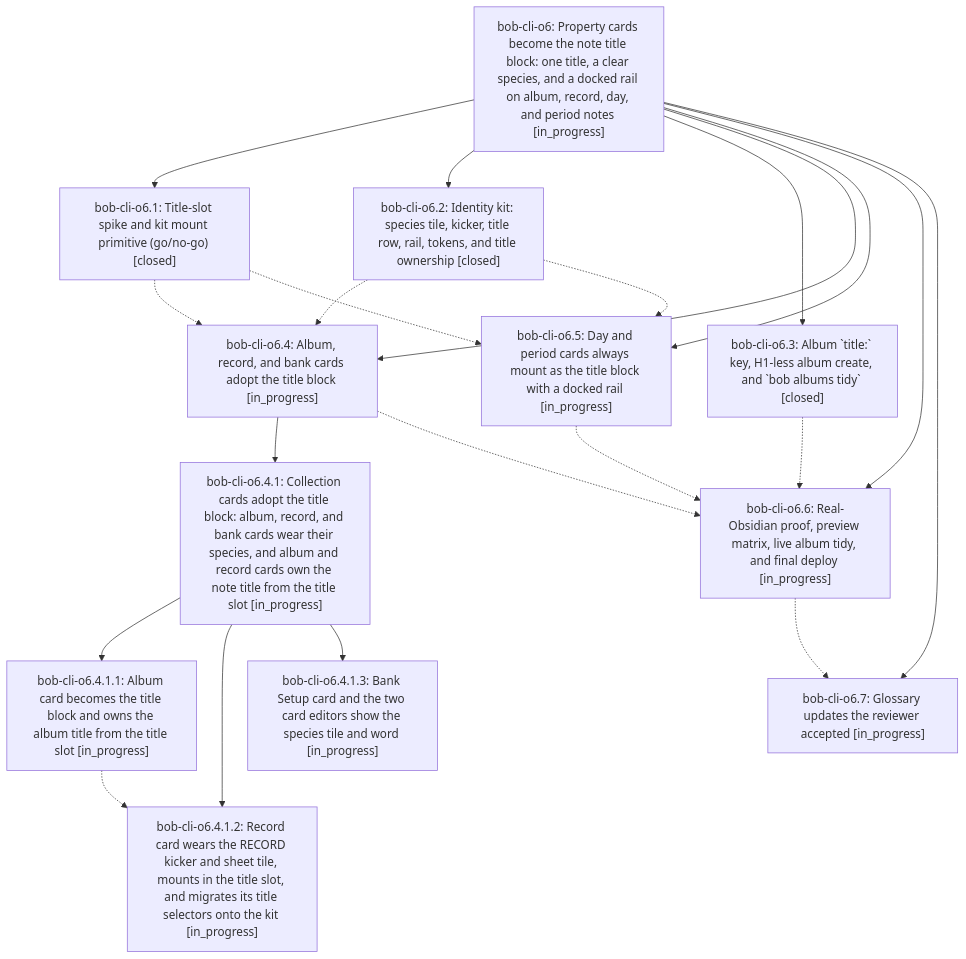
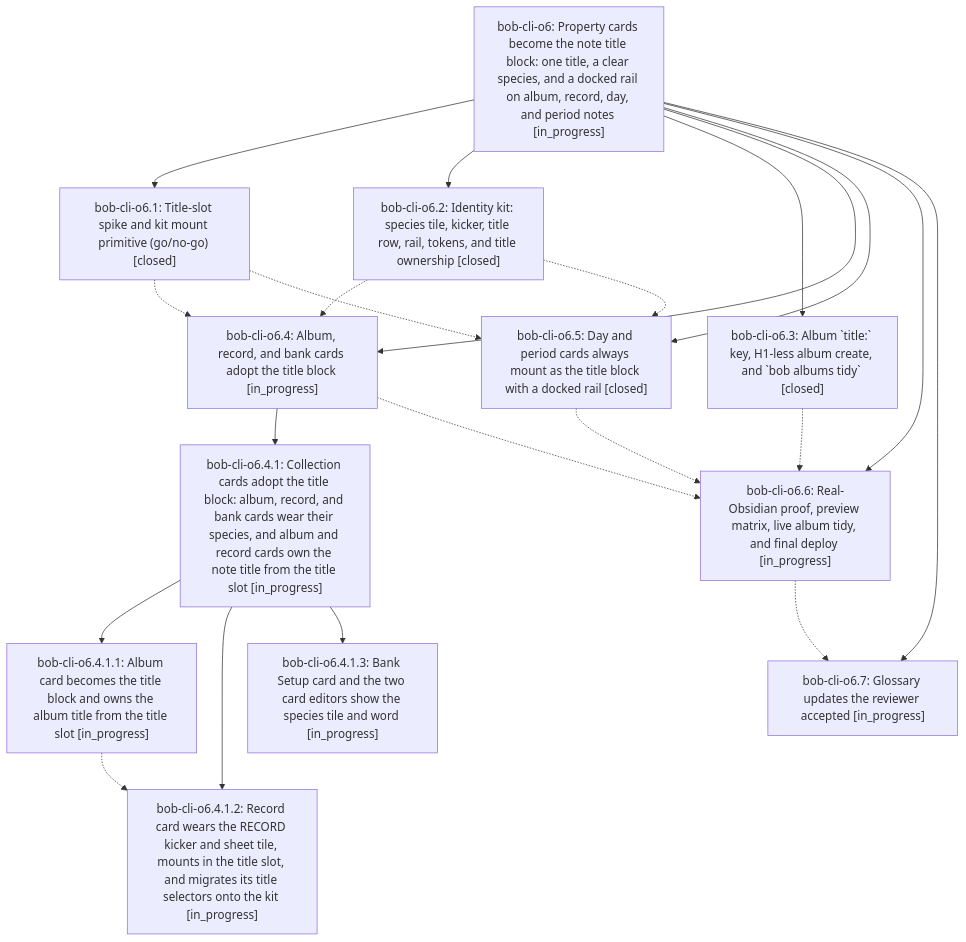
The diagram in pages/bob-cli-o6/README.md (bobs-org/bob-cli--beads), drawn with Mermaid before and after one commit. The commit also changed other lines of this file and 4 other files, not shown here.

First line of the commit message:
chore(beads): sync bead state and pages for bob-cli-o6

````diff
--- a/pages/bob-cli-o6/README.md
+++ b/pages/bob-cli-o6/README.md
@@ -44,35 +44,35 @@
 ```mermaid
 flowchart TD
     n0["bob-cli-o6: Property cards become the note title block: one title, a clear species, and a docked rail on album, record, day, and period notes [in_progress]"]
     n1["bob-cli-o6.1: Title-slot spike and kit mount primitive (go/no-go) [closed]"]
     n2["bob-cli-o6.2: Identity kit: species tile, kicker, title row, rail, tokens, and title ownership [closed]"]
     n3["bob-cli-o6.3: Album `title:` key, H1-less album create, and `bob albums tidy` [closed]"]
     n4["bob-cli-o6.4: Album, record, and bank cards adopt the title block [in_progress]"]
     n5["bob-cli-o6.4.1: Collection cards adopt the title block: album, record, and bank cards wear their species, and album and record cards own the note title from the title slot [in_progress]"]
     n6["bob-cli-o6.4.1.1: Album card becomes the title block and owns the album title from the title slot [in_progress]"]
     n7["bob-cli-o6.4.1.2: Record card wears the RECORD kicker and sheet tile, mounts in the title slot, and migrates its title selectors onto the kit [in_progress]"]
     n8["bob-cli-o6.4.1.3: Bank Setup card and the two card editors show the species tile and word [in_progress]"]
-    n9["bob-cli-o6.5: Day and period cards always mount as the title block with a docked rail [in_progress]"]
+    n9["bob-cli-o6.5: Day and period cards always mount as the title block with a docked rail [closed]"]
     n10["bob-cli-o6.6: Real-Obsidian proof, preview matrix, live album tidy, and final deploy [in_progress]"]
     n11["bob-cli-o6.7: Glossary updates the reviewer accepted [in_progress]"]
     n0 --> n1
     n0 --> n2
     n0 --> n3
     n0 --> n4
     n4 --> n5
     n5 --> n6
     n5 --> n7
     n5 --> n8
     n0 --> n9
     n0 --> n10
     n0 --> n11
     n1 -.-> n4
     n1 -.-> n9
     n2 -.-> n4
     n2 -.-> n9
     n3 -.-> n10
     n4 -.-> n10
     n6 -.-> n7
     n9 -.-> n10
     n10 -.-> n11
 ```
````
